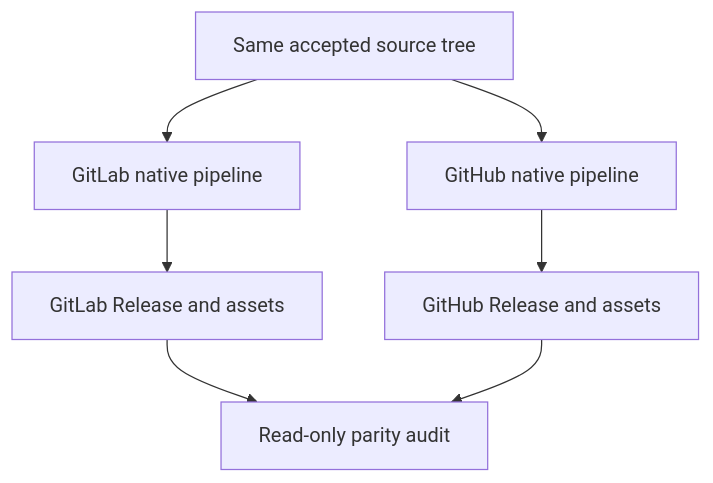
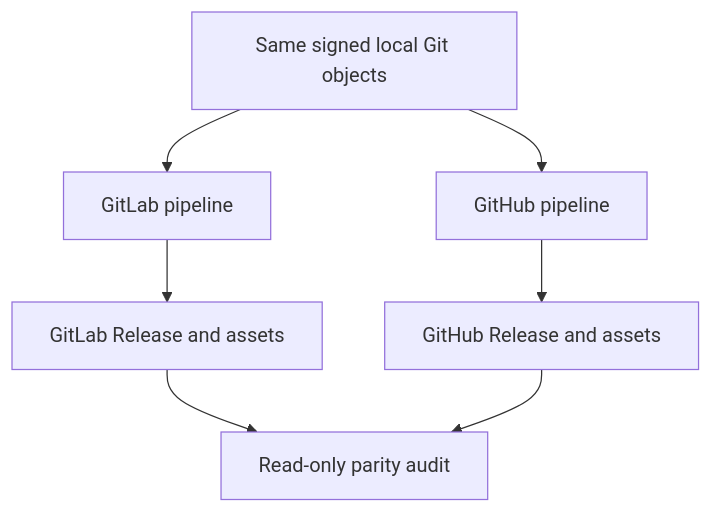
Before and after one commit to HengYangDS/codex-responses-proxy: the second of 2 diagrams in docs/governance/release-and-change-policy.md, drawn with Mermaid. The commit also changed other lines of this file and 31 other files, not shown here.

Commit message:
refactor(forge): publish exact local Git objects

````diff
--- a/docs/governance/release-and-change-policy.md
+++ b/docs/governance/release-and-change-policy.md
@@ -94,9 +94,9 @@
 ```mermaid
 flowchart TD
-    S["Same accepted source tree"] --> GL["GitLab native pipeline"]
-    S --> GH["GitHub native pipeline"]
+    S["Same signed local Git objects"] --> GL["GitLab pipeline"]
+    S --> GH["GitHub pipeline"]
     GL --> E["GitLab Release and assets"]
     GH --> H["GitHub Release and assets"]
     E --> A["Read-only parity audit"]
     H --> A
 ```
````
